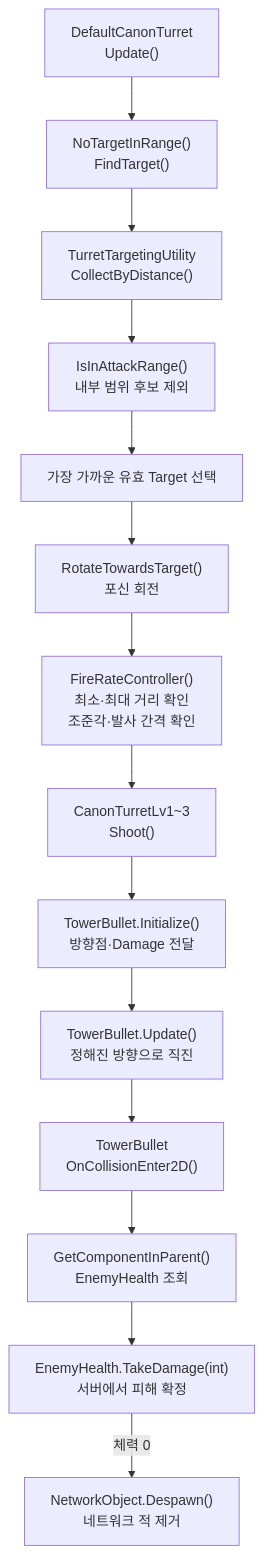
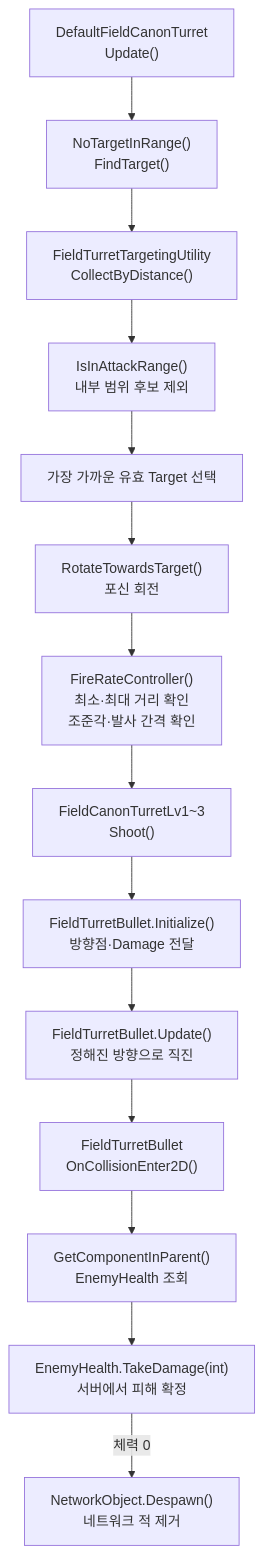
One commit to Team-HJD-21/unity-6-the-developer changed the ninth of 17 diagrams in Docs/architecture/turret-system-guide.md. Above: the diagram before and after it, drawn with Mermaid. The commit also changed other lines of this file and 499 other files, not shown here.

````diff
--- a/Docs/architecture/turret-system-guide.md
+++ b/Docs/architecture/turret-system-guide.md
@@ -401,16 +427,16 @@
 ```mermaid
 flowchart TD
-    Update["DefaultCanonTurret<br>Update()"] --> Search["NoTargetInRange()<br>FindTarget()"]
-    Search --> Collect["TurretTargetingUtility<br>CollectByDistance()"]
+    Update["DefaultFieldCanonTurret<br>Update()"] --> Search["NoTargetInRange()<br>FindTarget()"]
+    Search --> Collect["FieldTurretTargetingUtility<br>CollectByDistance()"]
     Collect --> RangeCheck["IsInAttackRange()<br>내부 범위 후보 제외"]
     RangeCheck --> Target["가장 가까운 유효 Target 선택"]
     Target --> Rotate["RotateTowardsTarget()<br>포신 회전"]
     Rotate --> Fire["FireRateController()<br>최소·최대 거리 확인<br>조준각·발사 간격 확인"]
-    Fire --> Shoot["CanonTurretLv1~3<br>Shoot()"]
-    Shoot --> Init["TowerBullet.Initialize()<br>방향점·Damage 전달"]
-    Init --> Move["TowerBullet.Update()<br>정해진 방향으로 직진"]
-    Move --> Collision["TowerBullet<br>OnCollisionEnter2D()"]
+    Fire --> Shoot["FieldCanonTurretLv1~3<br>Shoot()"]
+    Shoot --> Init["FieldTurretBullet.Initialize()<br>방향점·Damage 전달"]
+    Init --> Move["FieldTurretBullet.Update()<br>정해진 방향으로 직진"]
+    Move --> Collision["FieldTurretBullet<br>OnCollisionEnter2D()"]
     Collision --> Health["GetComponentInParent()<br>EnemyHealth 조회"]
     Health --> Damage["EnemyHealth.TakeDamage(int)<br>서버에서 피해 확정"]
     Damage -->|체력 0| Die["NetworkObject.Despawn()<br>네트워크 적 제거"]
 ```
````
